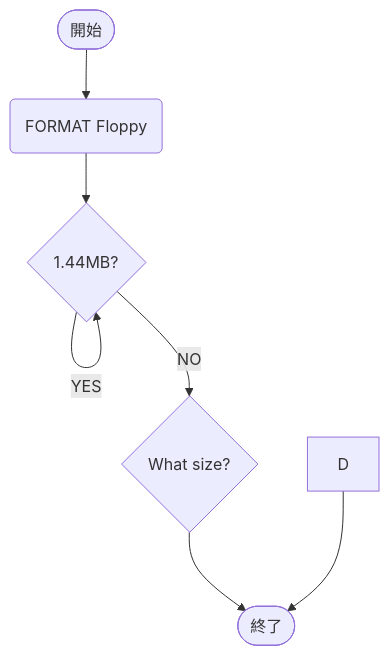
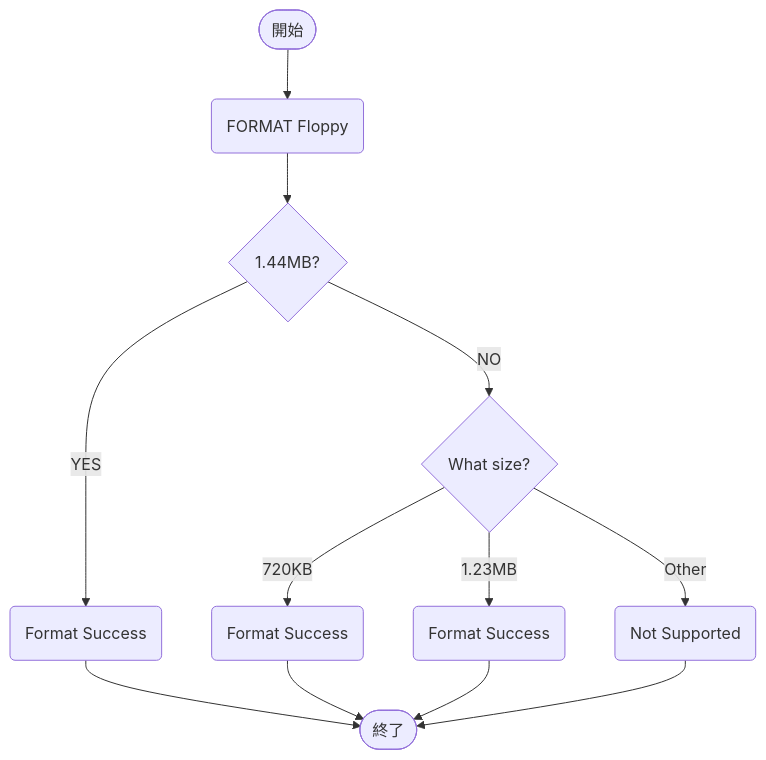
The diagram in README.md (tpu-game-2022/mermaid_test), drawn with Mermaid before and after one commit.

````diff
--- a/README.md
+++ b/README.md
@@ -20,9 +20,14 @@
 ```mermaid
 flowchart TD;
   START([開始]) --> A(FORMAT Floppy)
   A --> B{1.44MB?}
-  B -->|YES|B{1.44MB?}
-  B -->|NO|C{What size?}
+  B -->|YES|C(Format Success)
+  B -->|NO|D{What size?}
+  D -->|720KB|E(Format Success)
+  D -->|1.23MB|F(Format Success)
+  D -->|Other|G(Not Supported)
   C --> END([終了])
-  D --> END([終了])
+  E --> END([終了])
+  F --> END([終了])
+  G --> END([終了])
 ```
````
